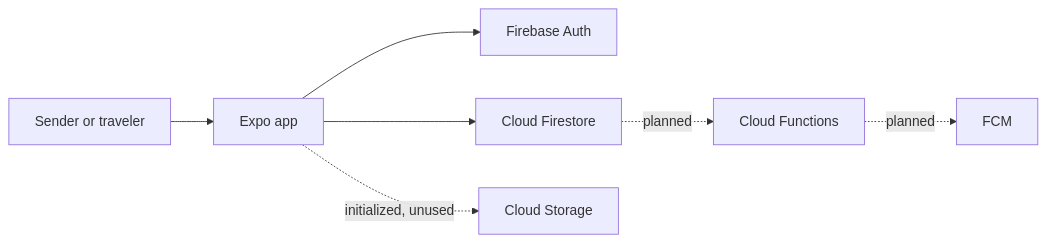
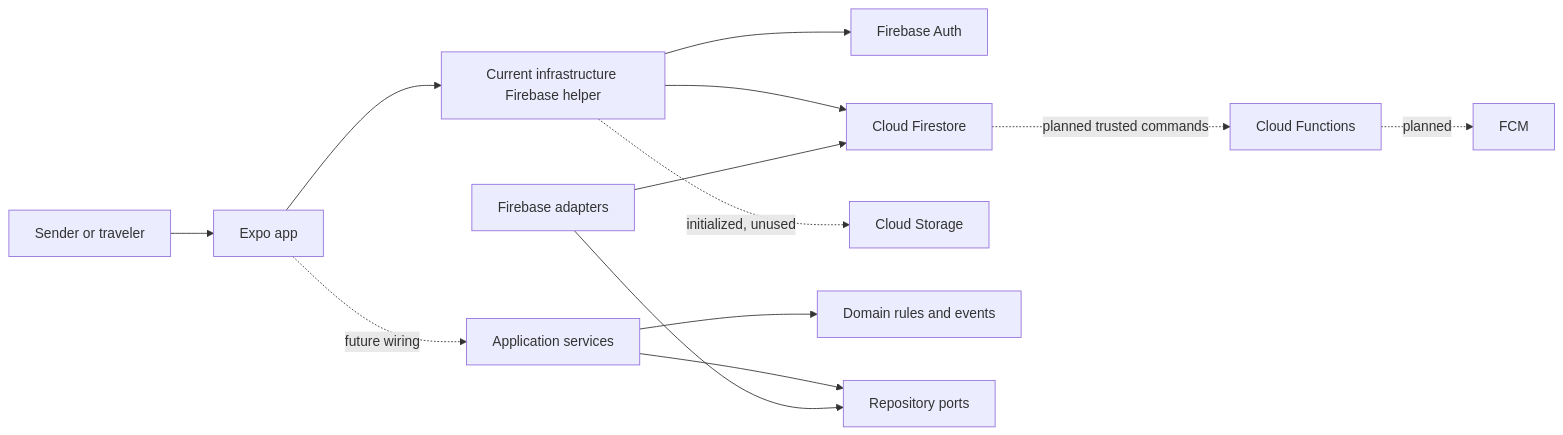
The diagram in docs/engineering/system-architecture.md (abda-dc/karri-mobile), drawn with Mermaid before and after one commit. The commit also changed other lines of this file and 95 other files, not shown here.

Commit message:
Add core platform domain architecture

````diff
--- a/docs/engineering/system-architecture.md
+++ b/docs/engineering/system-architecture.md
@@ -9,9 +9,17 @@
 ```mermaid
 flowchart LR
     User[Sender or traveler] --> Mobile[Expo app]
-    Mobile --> Auth[Firebase Auth]
-    Mobile --> Data[Cloud Firestore]
-    Mobile -. initialized, unused .-> Files[Cloud Storage]
-    Data -. planned .-> Functions[Cloud Functions]
+    Mobile --> Current[Current infrastructure Firebase helper]
+    Current --> Auth[Firebase Auth]
+    Current --> Data[Cloud Firestore]
+    Current -. initialized, unused .-> Files[Cloud Storage]
+
+    Mobile -. future wiring .-> Services[Application services]
+    Services --> Domain[Domain rules and events]
+    Services --> Ports[Repository ports]
+    Adapters[Firebase adapters] --> Ports
+    Adapters --> Data
+
+    Data -. planned trusted commands .-> Functions[Cloud Functions]
     Functions -. planned .-> Push[FCM]
 ```
````
